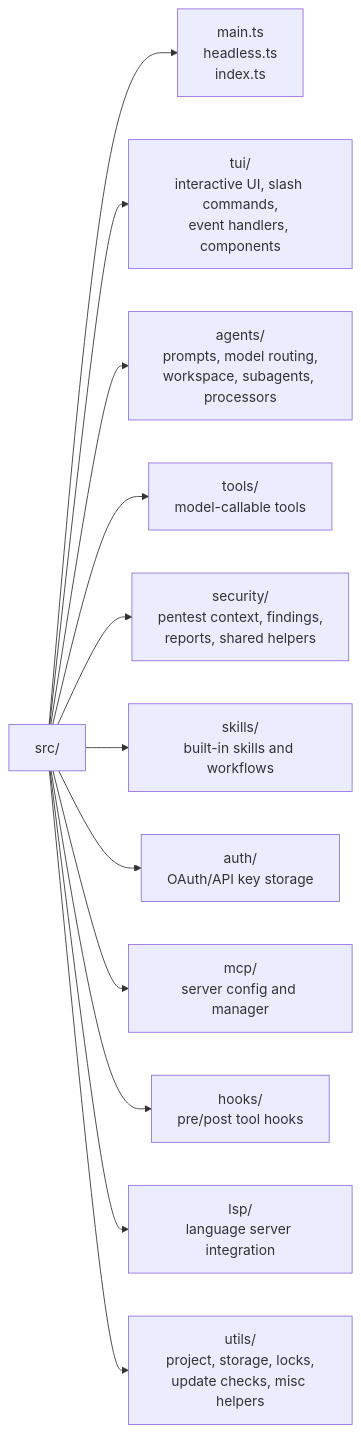
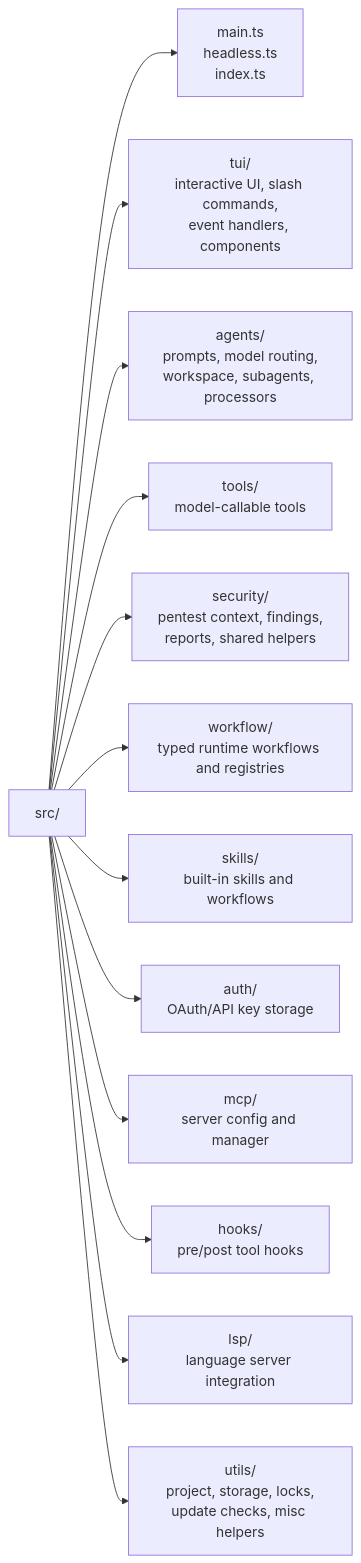
The second of 5 diagrams in docs/architecture.md (MingyiSecLab/Mingyi-Atlas), drawn with Mermaid before and after one commit. The commit also changed other lines of this file and 97 other files, not shown here.

````diff
--- a/docs/architecture.md
+++ b/docs/architecture.md
@@ -44,14 +46,15 @@
 ```mermaid
 flowchart LR
   SRC["src/"] --> Entry["main.ts<br/>headless.ts<br/>index.ts"]
   SRC --> TUI["tui/<br/>interactive UI, slash commands,<br/>event handlers, components"]
   SRC --> Agents["agents/<br/>prompts, model routing,<br/>workspace, subagents, processors"]
   SRC --> Tools["tools/<br/>model-callable tools"]
   SRC --> Security["security/<br/>pentest context, findings,<br/>reports, shared helpers"]
+  SRC --> Workflow["workflow/<br/>typed runtime workflows and registries"]
   SRC --> Skills["skills/<br/>built-in skills and workflows"]
   SRC --> Auth["auth/<br/>OAuth/API key storage"]
   SRC --> MCP["mcp/<br/>server config and manager"]
   SRC --> Hooks["hooks/<br/>pre/post tool hooks"]
   SRC --> LSP["lsp/<br/>language server integration"]
   SRC --> Utils["utils/<br/>project, storage, locks,<br/>update checks, misc helpers"]
 ```
````
